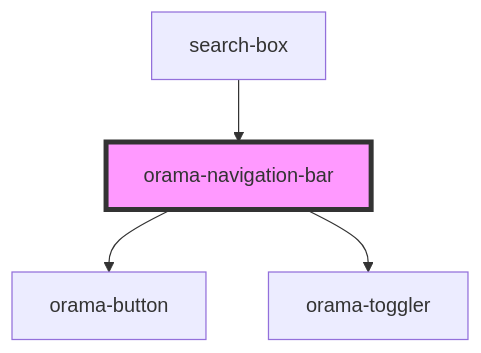
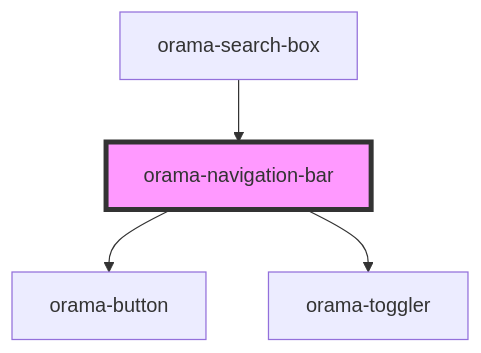
One commit to askorama/orama-ui-components changed the diagram in packages/ui-stencil/src/components/internal/orama-navigation-bar/readme.md. Above: the diagram before and after it, drawn with Mermaid. The commit also changed other lines of this file and 29 other files, not shown here.

````diff
--- a/packages/ui-stencil/src/components/internal/orama-navigation-bar/readme.md
+++ b/packages/ui-stencil/src/components/internal/orama-navigation-bar/readme.md
@@ -20,7 +20,7 @@
 ```mermaid
 graph TD;
   orama-navigation-bar --> orama-button
   orama-navigation-bar --> orama-toggler
-  search-box --> orama-navigation-bar
+  orama-search-box --> orama-navigation-bar
   style orama-navigation-bar fill:#f9f,stroke:#333,stroke-width:4px
 ```
````
